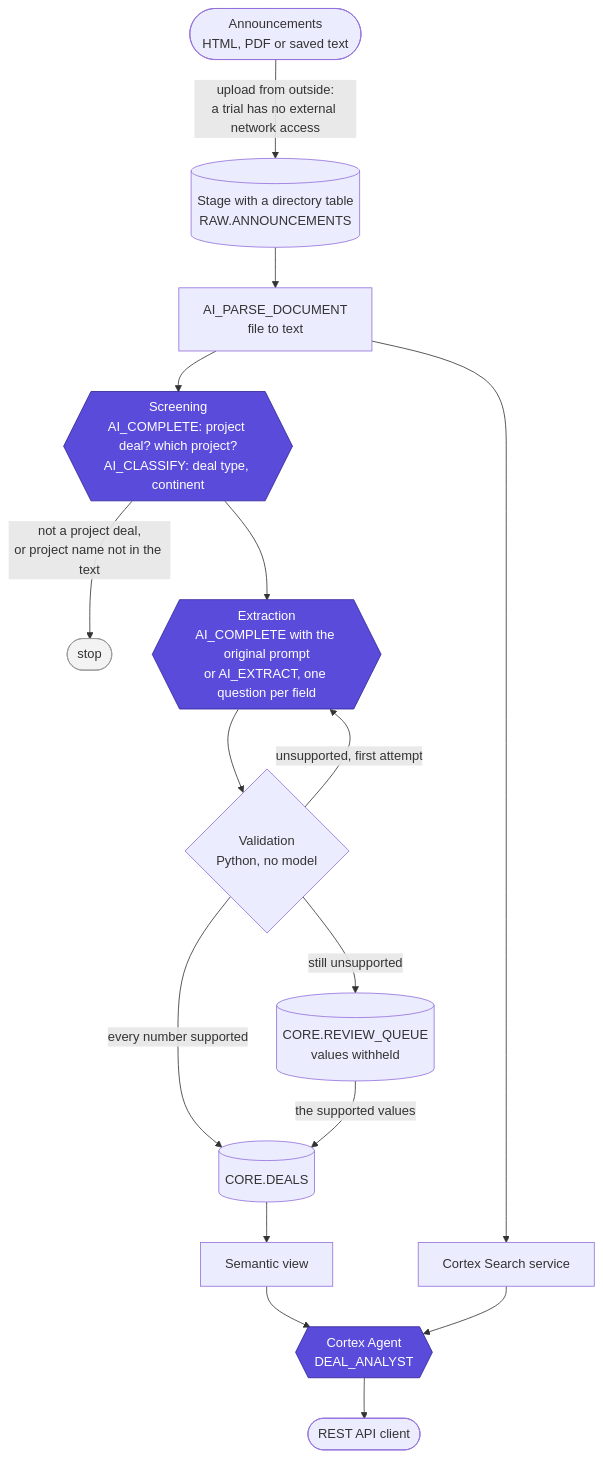
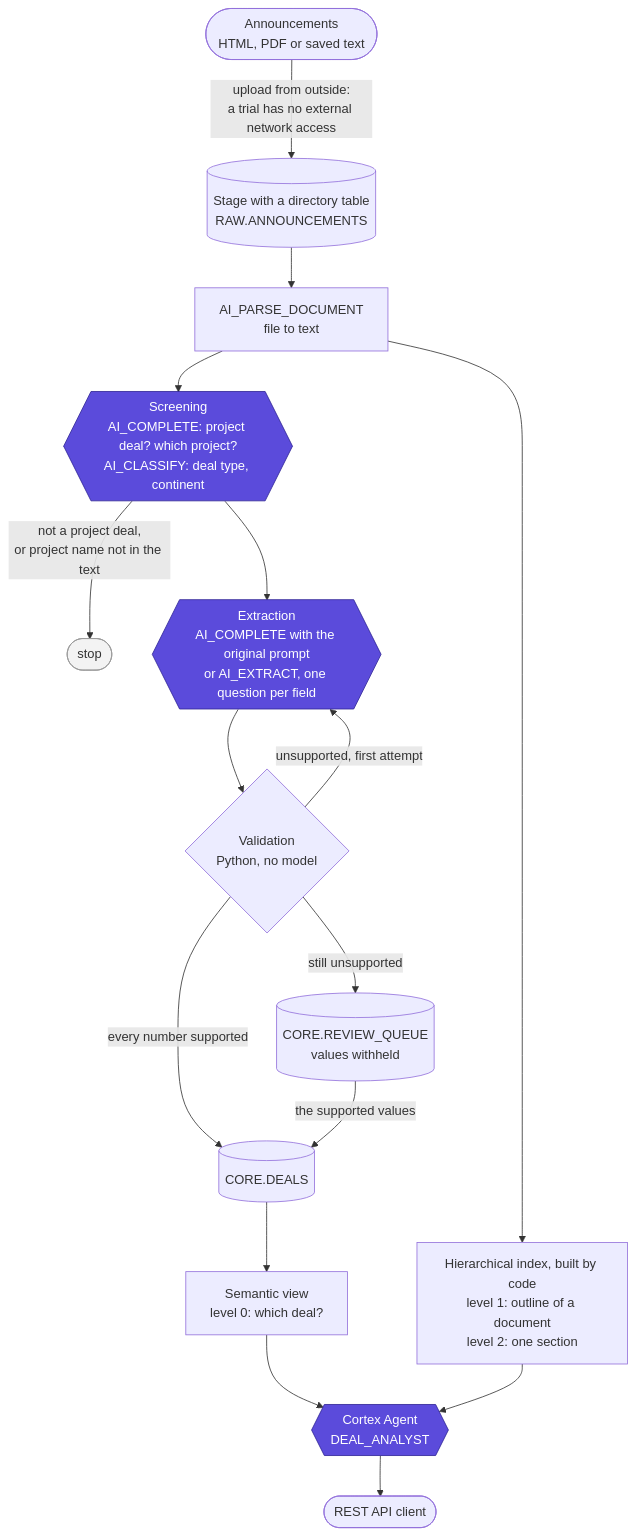
Before and after one commit to mbessalle/snowflake-motherlode: the diagram in README.md, drawn with Mermaid. The commit also changed other lines of this file and 9 other files, not shown here.

First line of the commit message:
Replace embedding search with a hierarchical index the agent walks (#6)

````diff
--- a/README.md
+++ b/README.md
@@ -22,23 +22,23 @@
 ```mermaid
 flowchart TD
     D(["Announcements<br/>HTML, PDF or saved text"]) -->|"upload from outside:<br/>a trial has no external network access"| S[("Stage with a directory table<br/>RAW.ANNOUNCEMENTS")]
     S --> P["AI_PARSE_DOCUMENT<br/>file to text"]
     P --> T{{"Screening<br/>AI_COMPLETE: project deal? which project?<br/>AI_CLASSIFY: deal type, continent"}}
     T -->|"not a project deal,<br/>or project name not in the text"| X(["stop"])
     T --> E{{"Extraction<br/>AI_COMPLETE with the original prompt<br/>or AI_EXTRACT, one question per field"}}
     E --> V{"Validation<br/>Python, no model"}
     V -->|"unsupported, first attempt"| E
     V -->|"every number supported"| DEALS[("CORE.DEALS")]
     V -->|"still unsupported"| Q[("CORE.REVIEW_QUEUE<br/>values withheld")]
     Q -->|"the supported values"| DEALS
-    DEALS --> SV["Semantic view"]
-    P --> CS["Cortex Search service"]
+    DEALS --> SV["Semantic view<br/>level 0: which deal?"]
+    P --> IX["Hierarchical index, built by code<br/>level 1: outline of a document<br/>level 2: one section"]
     SV --> A{{"Cortex Agent<br/>DEAL_ANALYST"}}
-    CS --> A
+    IX --> A
     A --> R(["REST API client"])
 
     classDef llm fill:#5b4bdb,stroke:#2f2496,color:#ffffff
     classDef stop fill:#f3f3f3,stroke:#999999,color:#333333
     class T,E,A llm
     class X stop
 ```
````
